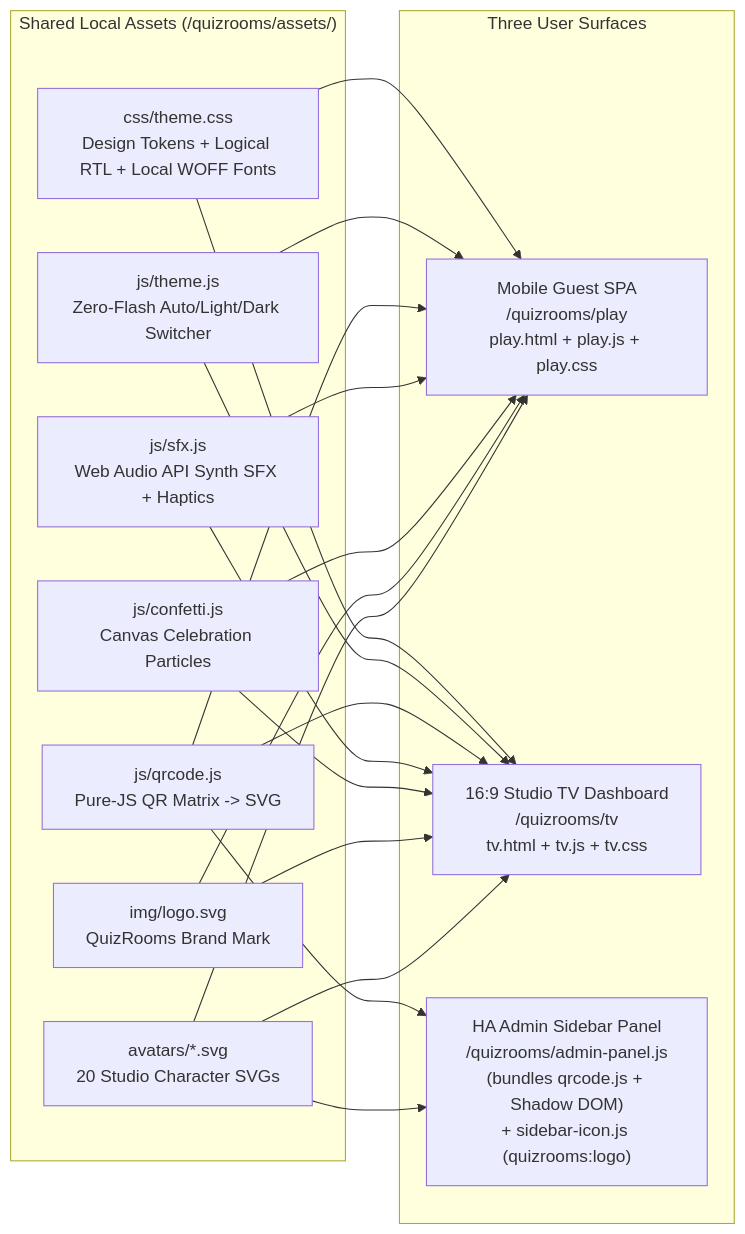
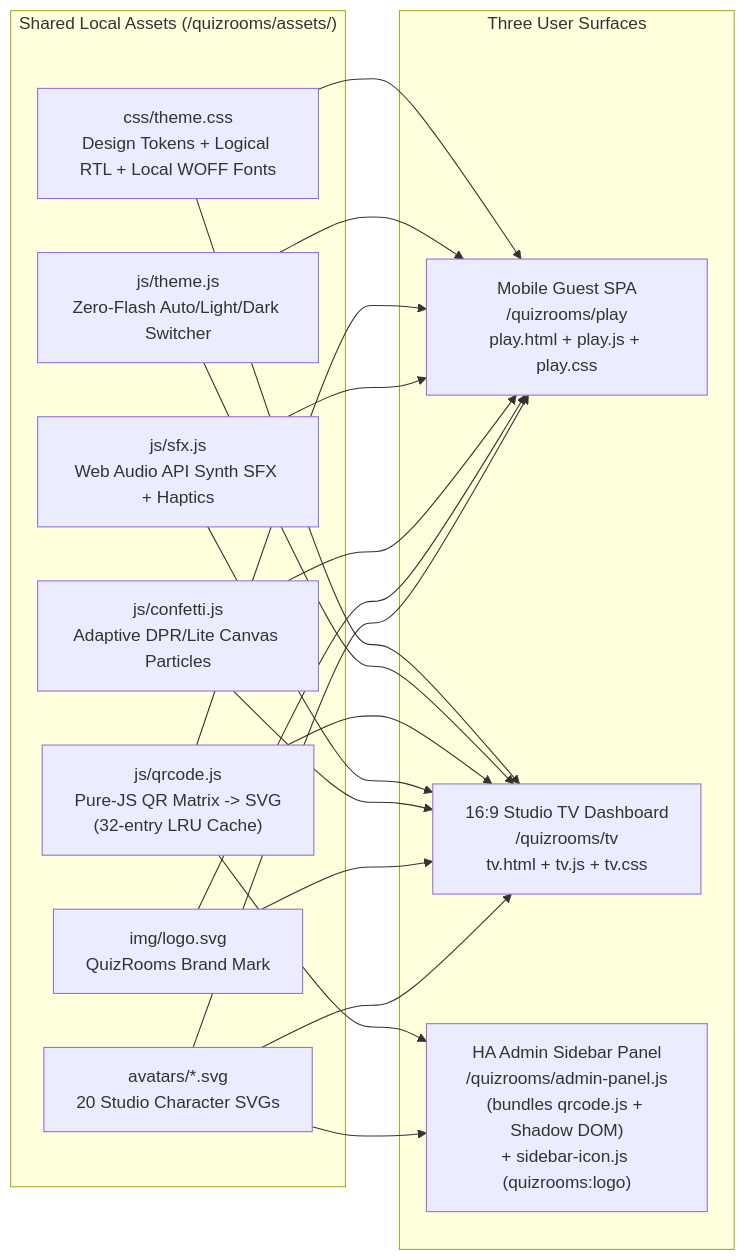
Before and after one commit to modestpharaoh/hass-quiz-rooms: the first of 2 diagrams in docs/FRONTEND_DESIGN.md, drawn with Mermaid. The commit also changed other lines of this file and 13 other files, not shown here.

````diff
--- a/docs/FRONTEND_DESIGN.md
+++ b/docs/FRONTEND_DESIGN.md
@@ -9,35 +9,35 @@
 ```mermaid
 flowchart LR
     subgraph SHARED["Shared Local Assets (/quizrooms/assets/)"]
         THEME["css/theme.css\nDesign Tokens + Logical RTL + Local WOFF Fonts"]
         THEMJS["js/theme.js\nZero-Flash Auto/Light/Dark Switcher"]
-        QR["js/qrcode.js\nPure-JS QR Matrix -> SVG"]
+        QR["js/qrcode.js\nPure-JS QR Matrix -> SVG\n(32-entry LRU Cache)"]
         SFX["js/sfx.js\nWeb Audio API Synth SFX + Haptics"]
-        CONF["js/confetti.js\nCanvas Celebration Particles"]
+        CONF["js/confetti.js\nAdaptive DPR/Lite Canvas Particles"]
         LOGO["img/logo.svg\nQuizRooms Brand Mark"]
         AVATARS["avatars/*.svg\n20 Studio Character SVGs"]
     end
 
     subgraph SURFACES["Three User Surfaces"]
         PLAY["Mobile Guest SPA\n/quizrooms/play\nplay.html + play.js + play.css"]
         TV["16:9 Studio TV Dashboard\n/quizrooms/tv\ntv.html + tv.js + tv.css"]
         ADMIN["HA Admin Sidebar Panel\n/quizrooms/admin-panel.js\n(bundles qrcode.js + Shadow DOM)\n+ sidebar-icon.js (quizrooms:logo)"]
     end
 
     THEME --> PLAY
     THEME --> TV
     THEMJS --> PLAY
     THEMJS --> TV
     QR --> PLAY
     QR --> TV
     QR --> ADMIN
     SFX --> PLAY
     SFX --> TV
     CONF --> PLAY
     CONF --> TV
     LOGO --> PLAY
     LOGO --> TV
     AVATARS --> PLAY
     AVATARS --> TV
     AVATARS --> ADMIN
 ```
````
